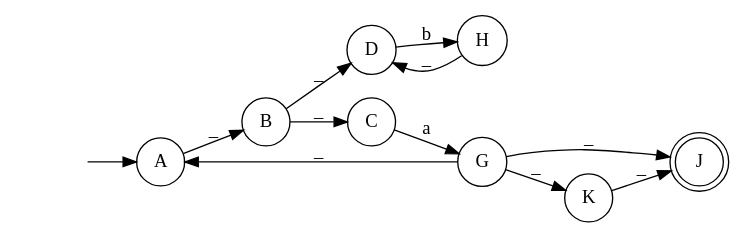
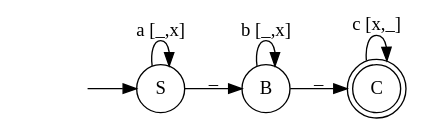
The diagram in Automate Picture/AutomataPicture.dot (arjen0203/AutomataReader), drawn with Graphviz before and after one commit. The commit also changed 14 other files, not shown here.

```diff
--- a/Automate Picture/AutomataPicture.dot
+++ b/Automate Picture/AutomataPicture.dot
@@ -1,24 +1,14 @@
 digraph myAutomaton { 
 rankdir=LR; 
 "" [shape=none] 
-"A" [shape=circle] 
+"S" [shape=circle] 
 "B" [shape=circle] 
-"C" [shape=circle] 
-"D" [shape=circle] 
-"G" [shape=circle] 
-"H" [shape=circle] 
-"J" [shape=doublecircle] 
-"K" [shape=circle] 
+"C" [shape=doublecircle] 
 
-"" -> "A" 
-"A" -> "B" [label="_"] 
+"" -> "S" 
+"S" -> "S" [label="a [_,x]"] 
+"S" -> "B" [label="_"] 
+"B" -> "B" [label="b [_,x]"] 
 "B" -> "C" [label="_"] 
-"B" -> "D" [label="_"] 
-"C" -> "G" [label="a"] 
-"D" -> "H" [label="b"] 
-"G" -> "J" [label="_"] 
-"G" -> "K" [label="_"] 
-"G" -> "A" [label="_"] 
-"H" -> "D" [label="_"] 
-"K" -> "J" [label="_"] 
+"C" -> "C" [label="c [x,_]"] 
 }
```
